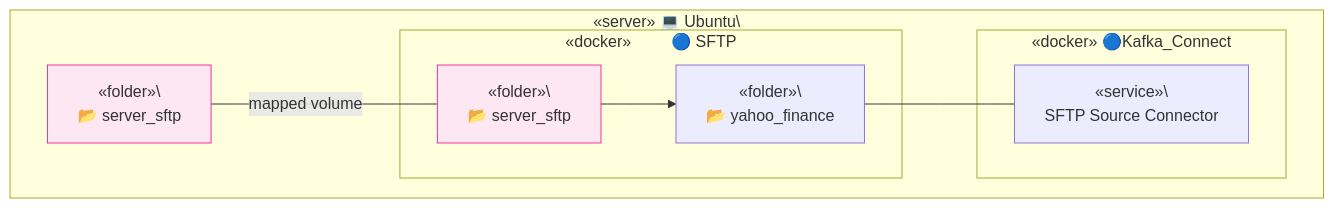
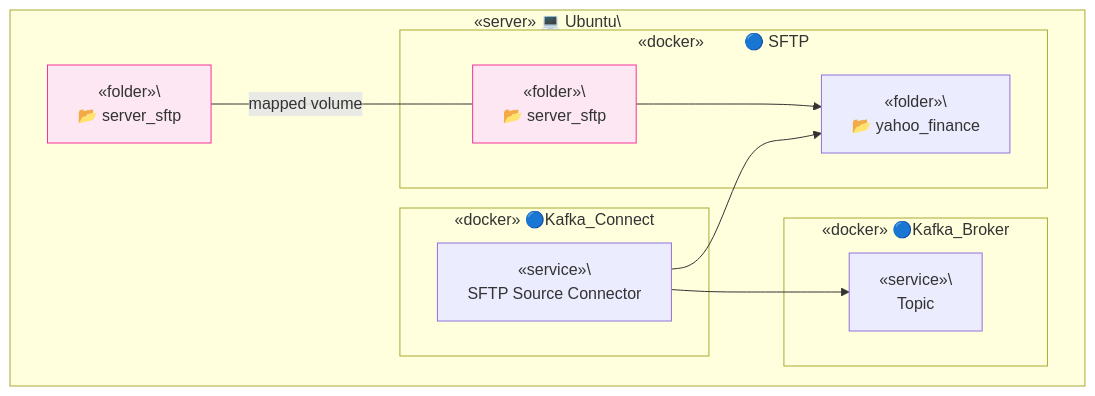
The fifth of 5 diagrams in server_sftp/README.md (TrulyDigital/DATA_STREET), drawn with Mermaid before and after one commit.

Commit message:
feat: server-sftp uptade

````diff
--- a/server_sftp/README.md
+++ b/server_sftp/README.md
@@ -96,24 +96,29 @@
 ```mermaid
 graph TD
     subgraph Container_A [«server» 💻 Ubuntu\<br/>]
         A1[«folder»\<br/> 📂 server_sftp]
         A1:::note_a1
 
         subgraph Container_B [«docker»&nbsp;&nbsp;&nbsp;&nbsp;&nbsp;&nbsp;&nbsp;&nbsp;&nbsp;🔵 SFTP]
             B1[«folder»\<br/> 📂 server_sftp]
             B1:::note_b1
             B2[«folder»\<br/> 📂 yahoo_finance]
         end
 
         subgraph Container_C [«docker» 🔵Kafka_Connect]
             C1[«service»\<br/> SFTP Source Connector]
         end
 
+        subgraph Container_D [«docker» 🔵Kafka_Broker]
+            D1[«service»\<br/> Topic]
+        end 
+
         A1 -- mapped volume --- B1
         B1 --> B2
-        B2 --- C1
+        C1 --> B2
+        C1 --> D1
 
         classDef note_a1 fill:#fce7f3,stroke:#f6339a,stroke-width:1px;
         classDef note_b1 fill:#fce7f3,stroke:#f6339a,stroke-width:1px;
     end
 ```
````
